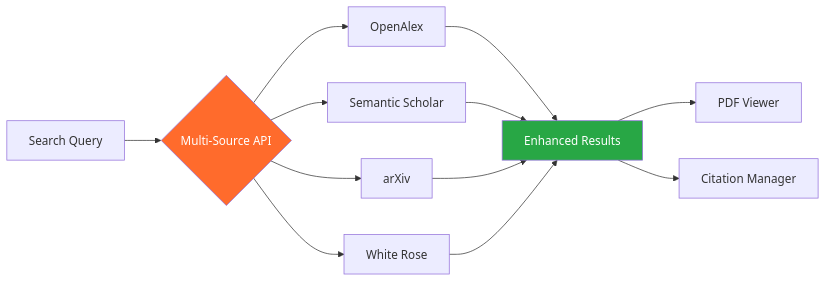
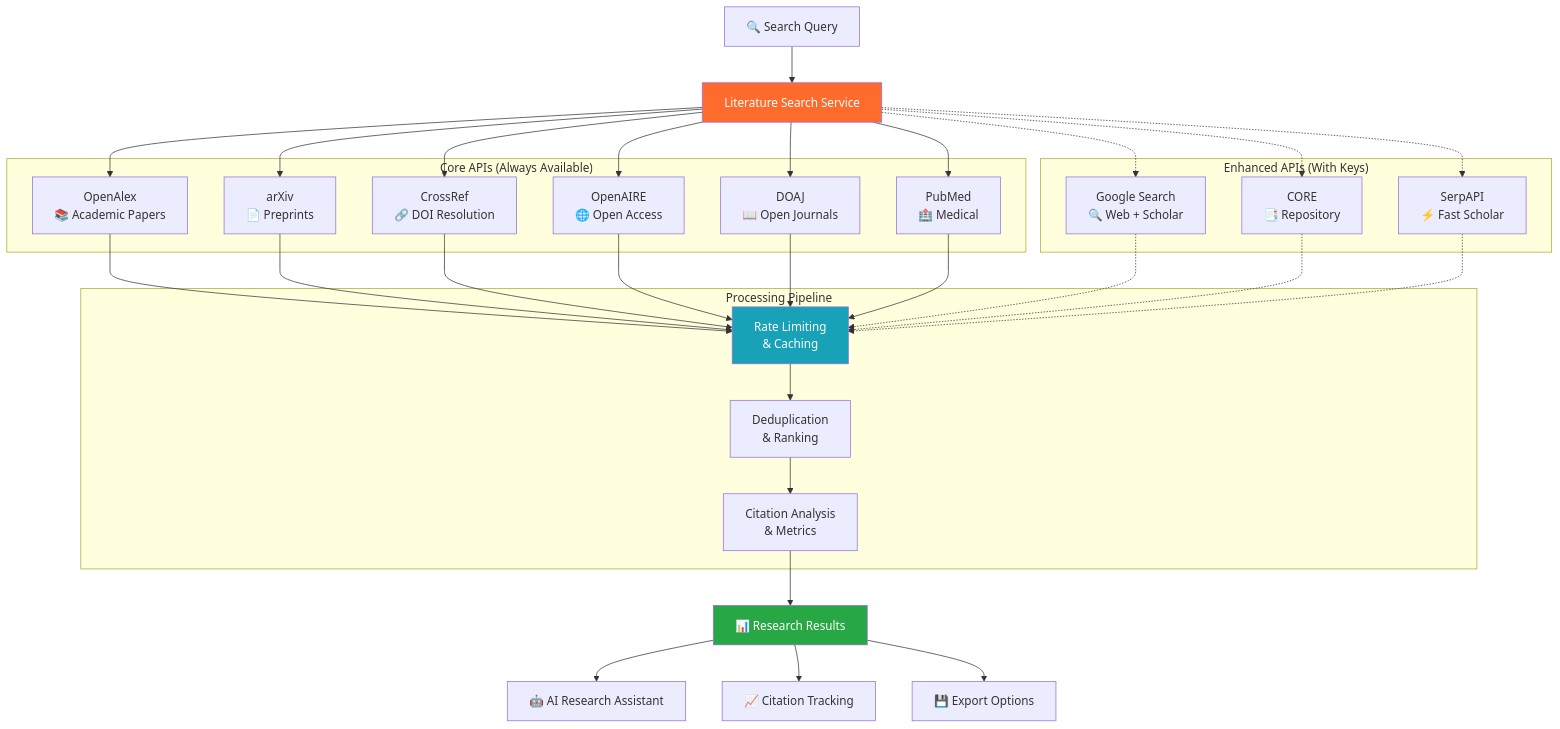
Before and after one commit to Kedhareswer/thesisflow-ai: the second of 8 diagrams in README.md, drawn with Mermaid. The commit also changed other lines of this file, not shown here.

````diff
--- a/README.md
+++ b/README.md
@@ -91,17 +127,40 @@
 ```mermaid
-flowchart LR
-    A[Search Query] --> B{Multi-Source API}
-    B --> C[OpenAlex]
-    B --> D[Semantic Scholar]
-    B --> E[arXiv]
-    B --> F[White Rose]
-    C --> G[Enhanced Results]
-    D --> G
-    E --> G
-    F --> G
-    G --> H[PDF Viewer]
-    G --> I[Citation Manager]
+flowchart TB
+    A["🔍 Search Query"] --> B["Literature Search Service"]
+    
+    subgraph "Core APIs (Always Available)"
+        C["OpenAlex<br/>📚 Academic Papers"]
+        D["arXiv<br/>📄 Preprints"]
+        E["CrossRef<br/>🔗 DOI Resolution"]
+        F["OpenAIRE<br/>🌐 Open Access"]
+        G["DOAJ<br/>📖 Open Journals"]
+        H["PubMed<br/>🏥 Medical"]
+    end
+    
+    subgraph "Enhanced APIs (With Keys)"
+        I["Google Search<br/>🔍 Web + Scholar"]
+        J["CORE<br/>📑 Repository"]
+        K["SerpAPI<br/>⚡ Fast Scholar"]
+    end
+    
+    subgraph "Processing Pipeline"
+        L["Rate Limiting<br/>& Caching"]
+        M["Deduplication<br/>& Ranking"]
+        N["Citation Analysis<br/>& Metrics"]
+    end
+    
+    B --> C & D & E & F & G & H
+    B -.-> I & J & K
+    C & D & E & F & G & H --> L
+    I & J & K -.-> L
+    L --> M --> N
+    
+    N --> O["📊 Research Results"]
+    O --> P["🤖 AI Research Assistant"]
+    O --> Q["📈 Citation Tracking"]
+    O --> R["💾 Export Options"]
     
     style B fill:#FF6B2C,color:#fff
-    style G fill:#28a745,color:#fff
+    style L fill:#17a2b8,color:#fff
+    style O fill:#28a745,color:#fff
 ```
````
